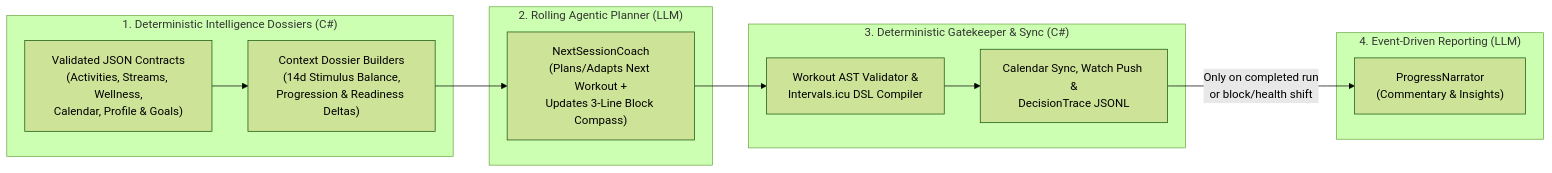
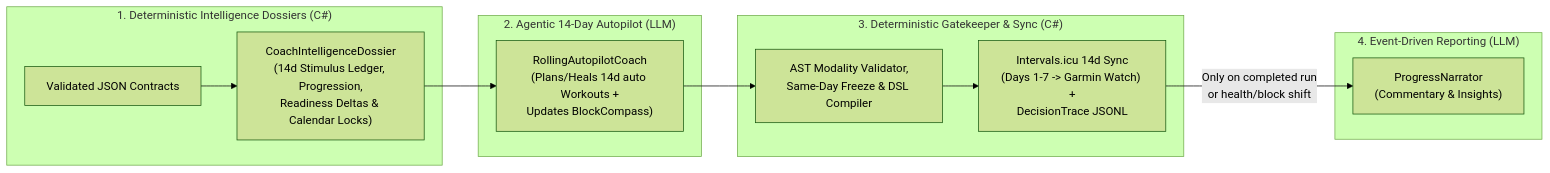
The diagram in docs/DOTNET_AGENTIC_COACH_DESIGN.md (bernhardburker/laufen), drawn with Mermaid (forest theme) before and after one commit. The commit also changed other lines of this file and 13 other files, not shown here.

````diff
--- a/docs/DOTNET_AGENTIC_COACH_DESIGN.md
+++ b/docs/DOTNET_AGENTIC_COACH_DESIGN.md
@@ -38,19 +45,19 @@
 ```mermaid
 flowchart LR
     subgraph Pre["1. Deterministic Intelligence Dossiers (C#)"]
-        RAW["Validated JSON Contracts\n(Activities, Streams, Wellness,\nCalendar, Profile & Goals)"] --> PROJ["Context Dossier Builders\n(14d Stimulus Balance,\nProgression & Readiness Deltas)"]
+        RAW["Validated JSON Contracts"] --> PROJ["CoachIntelligenceDossier\n(14d Stimulus Ledger, Progression,\nReadiness Deltas & Calendar Locks)"]
     end
 
-    subgraph Agent["2. Rolling Agentic Planner (LLM)"]
-        PROJ --> NEXT["NextSessionCoach\n(Plans/Adapts Next Workout +\nUpdates 3-Line Block Compass)"]
+    subgraph Agent["2. Agentic 14-Day Autopilot (LLM)"]
+        PROJ --> PLAN["RollingAutopilotCoach\n(Plans/Heals 14d auto Workouts +\nUpdates BlockCompass)"]
     end
 
     subgraph Post["3. Deterministic Gatekeeper & Sync (C#)"]
-        NEXT --> COMP["Workout AST Validator &\nIntervals.icu DSL Compiler"]
-        COMP --> SYNC["Calendar Sync, Watch Push &\nDecisionTrace JSONL"]
+        PLAN --> COMP["AST Modality Validator,\nSame-Day Freeze & DSL Compiler"]
+        COMP --> SYNC["Intervals.icu 14d Sync\n(Days 1-7 -> Garmin Watch) +\nDecisionTrace JSONL"]
     end
 
     subgraph AsyncUI["4. Event-Driven Reporting (LLM)"]
-        SYNC -->|"Only on completed run\nor block/health shift"| NARR["ProgressNarrator\n(Commentary & Insights)"]
+        SYNC -->|"Only on completed run\nor health/block shift"| NARR["ProgressNarrator\n(Commentary & Insights)"]
     end
 ```
````
